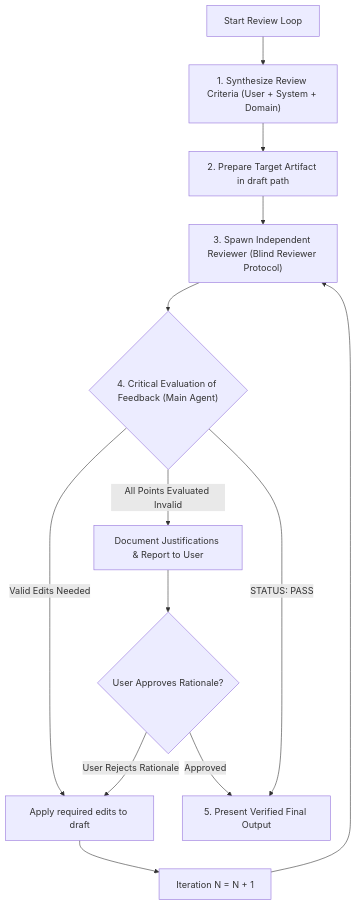
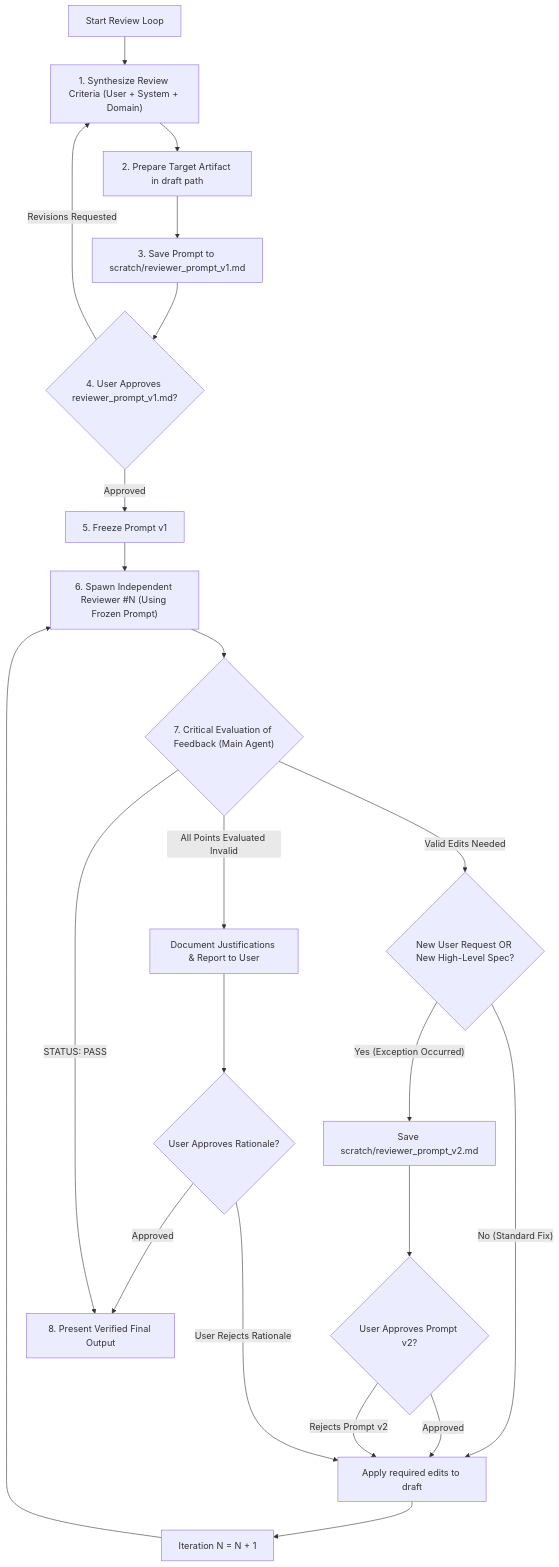
The diagram in productivity/conduct-reviewing-loop/SKILL.md (loerei/myskills), drawn with Mermaid before and after one commit. The commit also changed other lines of this file and 1 other file, not shown here.

Commit message:
feat: add Prompt Persistence & User Approval Gate to conduct-reviewing-loop

````diff
--- a/productivity/conduct-reviewing-loop/SKILL.md
+++ b/productivity/conduct-reviewing-loop/SKILL.md
@@ -12,12 +12,22 @@
 ```mermaid
 flowchart TD
     Start["Start Review Loop"] --> Synth["1. Synthesize Review Criteria (User + System + Domain)"]
     Synth --> Draft["2. Prepare Target Artifact in draft path"]
-    Draft --> BlindSpawn["3. Spawn Independent Reviewer (Blind Reviewer Protocol)"]
-    BlindSpawn --> CritEval{"4. Critical Evaluation of Feedback (Main Agent)"}
-    CritEval -->|"Valid Edits Needed"| ApplyEdits["Apply required edits to draft"] --> NextIter["Iteration N = N + 1"] --> BlindSpawn
-    CritEval -->|"All Points Evaluated Invalid"| JustifyUser["Document Justifications & Report to User"] --> UserGate{"User Approves Rationale?"}
-    UserGate -->|"Approved"| Present["5. Present Verified Final Output"]
-    UserGate -->|"User Rejects Rationale"| ApplyEdits
+    Draft --> SavePromptV1["3. Save Prompt to scratch/reviewer_prompt_v1.md"]
+    SavePromptV1 --> UserGateV1{"4. User Approves reviewer_prompt_v1.md?"}
+    UserGateV1 -->|"Approved"| FreezeV1["5. Freeze Prompt v1"]
+    UserGateV1 -->|"Revisions Requested"| Synth
+    FreezeV1 --> BlindSpawn["6. Spawn Independent Reviewer #N (Using Frozen Prompt)"]
+    BlindSpawn --> CritEval{"7. Critical Evaluation of Feedback (Main Agent)"}
+    
+    CritEval -->|"Valid Edits Needed"| CheckExc{"New User Request OR New High-Level Spec?"}
+    CheckExc -->|"No (Standard Fix)"| ApplyEdits["Apply required edits to draft"] --> NextIter["Iteration N = N + 1"] --> BlindSpawn
+    CheckExc -->|"Yes (Exception Occurred)"| SavePromptV2["Save scratch/reviewer_prompt_v2.md"] --> UserGateV2{"User Approves Prompt v2?"}
+    UserGateV2 -->|"Approved"| ApplyEdits
+    UserGateV2 -->|"Rejects Prompt v2"| ApplyEdits
+    
+    CritEval -->|"All Points Evaluated Invalid"| JustifyUser["Document Justifications & Report to User"] --> UserGateFinal{"User Approves Rationale?"}
+    UserGateFinal -->|"Approved"| Present["8. Present Verified Final Output"]
+    UserGateFinal -->|"User Rejects Rationale"| ApplyEdits
     CritEval -->|"STATUS: PASS"| Present
 ```
````
